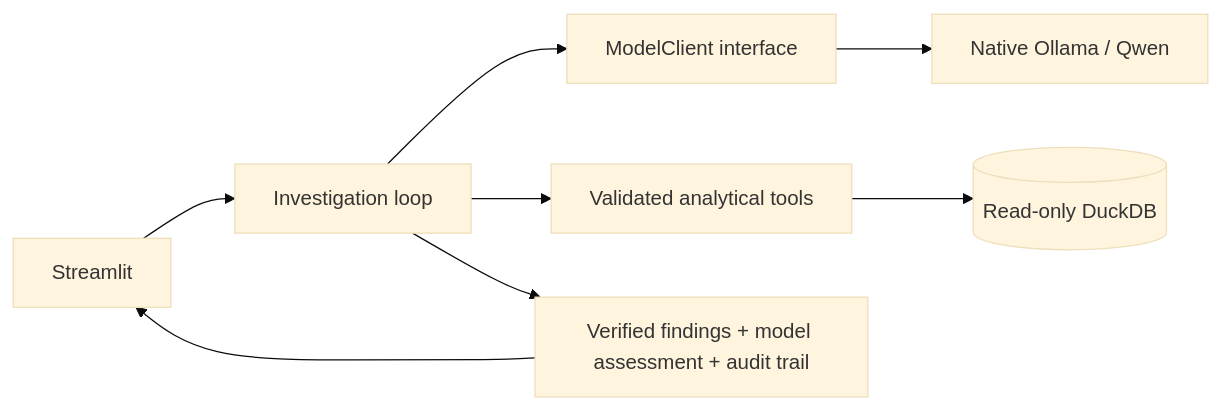
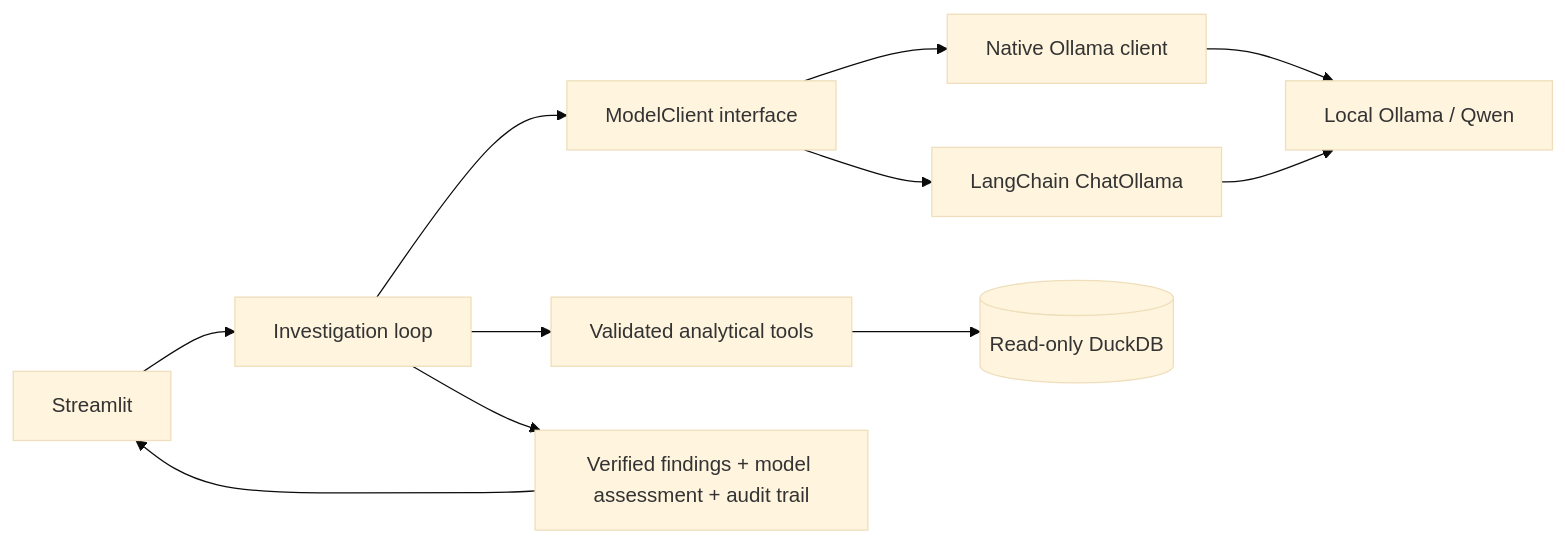
The diagram in README.md (JOk3r01001/Incident-intelligence-agent), drawn with Mermaid (base theme) before and after one commit. The commit also changed other lines of this file and 20 other files, not shown here.

````diff
--- a/README.md
+++ b/README.md
@@ -46,10 +76,13 @@
 ```mermaid
 flowchart LR
     UI[Streamlit] --> Agent[Investigation loop]
     Agent --> Adapter[ModelClient interface]
-    Adapter --> Ollama[Native Ollama / Qwen]
+    Adapter --> Native[Native Ollama client]
+    Adapter --> LC[LangChain ChatOllama]
+    Native --> Ollama[Local Ollama / Qwen]
+    LC --> Ollama
     Agent --> Tools[Validated analytical tools]
     Tools --> DB[(Read-only DuckDB)]
     Agent --> Report[Verified findings + model assessment + audit trail]
     Report --> UI
 ```
````
